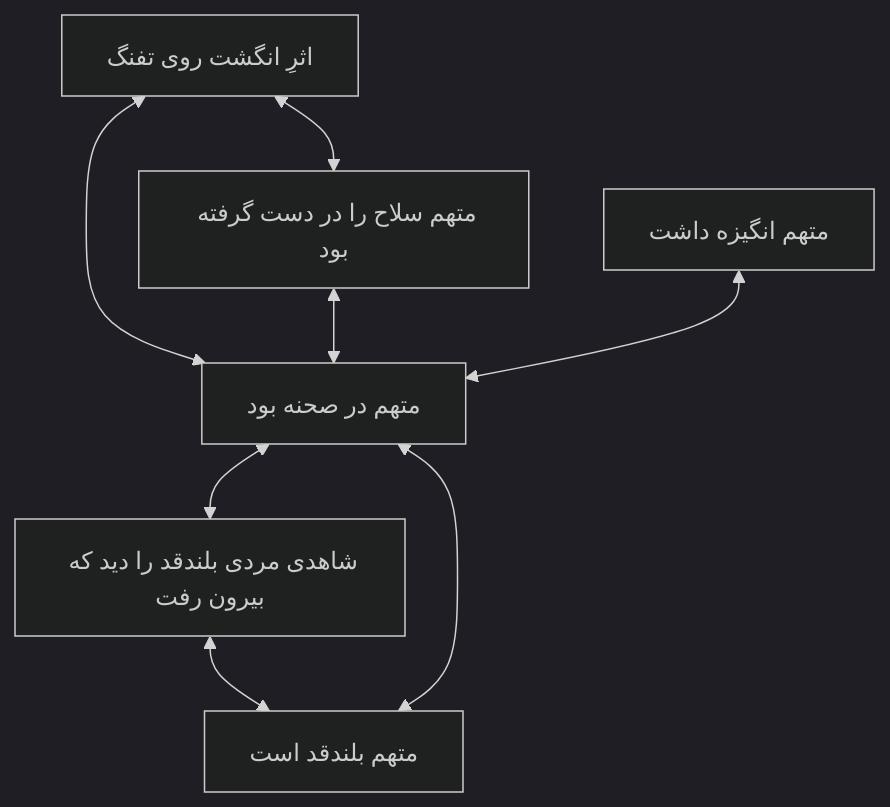
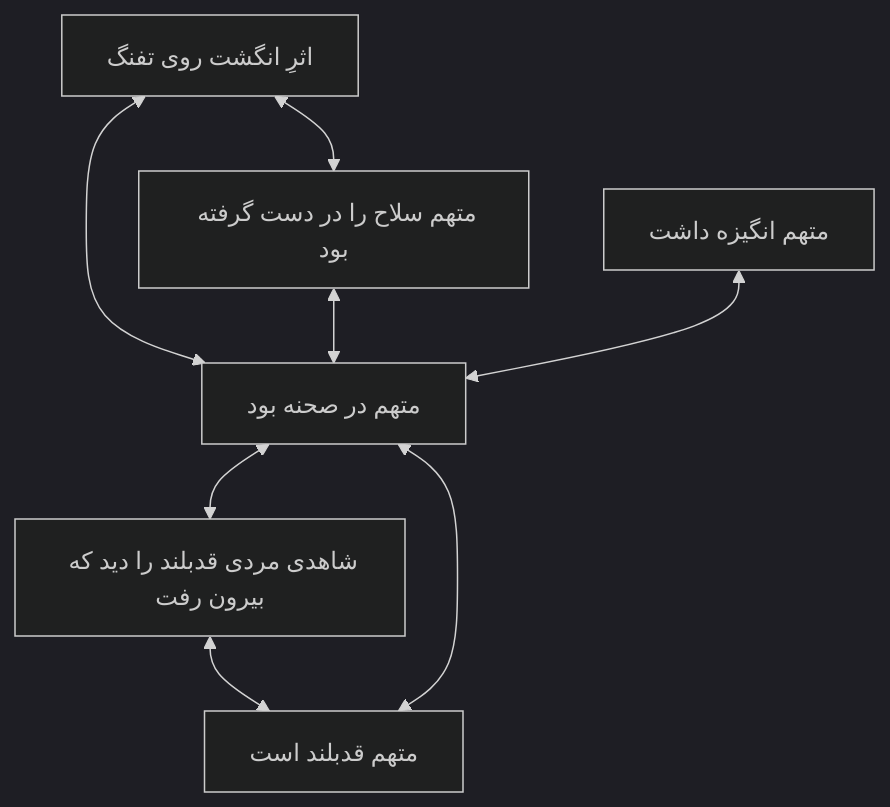
One commit to Rhadadi/epis changed the second of 2 diagrams in guide/fa/06-justification.md. Above: the diagram before and after it, drawn with Mermaid (dark theme). The commit also changed other lines of this file and 17 other files, not shown here.

````diff
--- a/guide/fa/06-justification.md
+++ b/guide/fa/06-justification.md
@@ -172,10 +172,10 @@
 ```mermaid
 flowchart TD
     A["اثرِ انگشت روی تفنگ"] <--> B["متهم در صحنه بود"]
-    B <--> C["شاهدی مردی بلندقد را دید که بیرون رفت"]
-    C <--> D["متهم بلندقد است"]
+    B <--> C["شاهدی مردی قدبلند را دید که بیرون رفت"]
+    C <--> D["متهم قدبلند است"]
     D <--> B
     A <--> E["متهم سلاح را در دست گرفته بود"]
     E <--> B
     F["متهم انگیزه داشت"] <--> B
 ```
````
